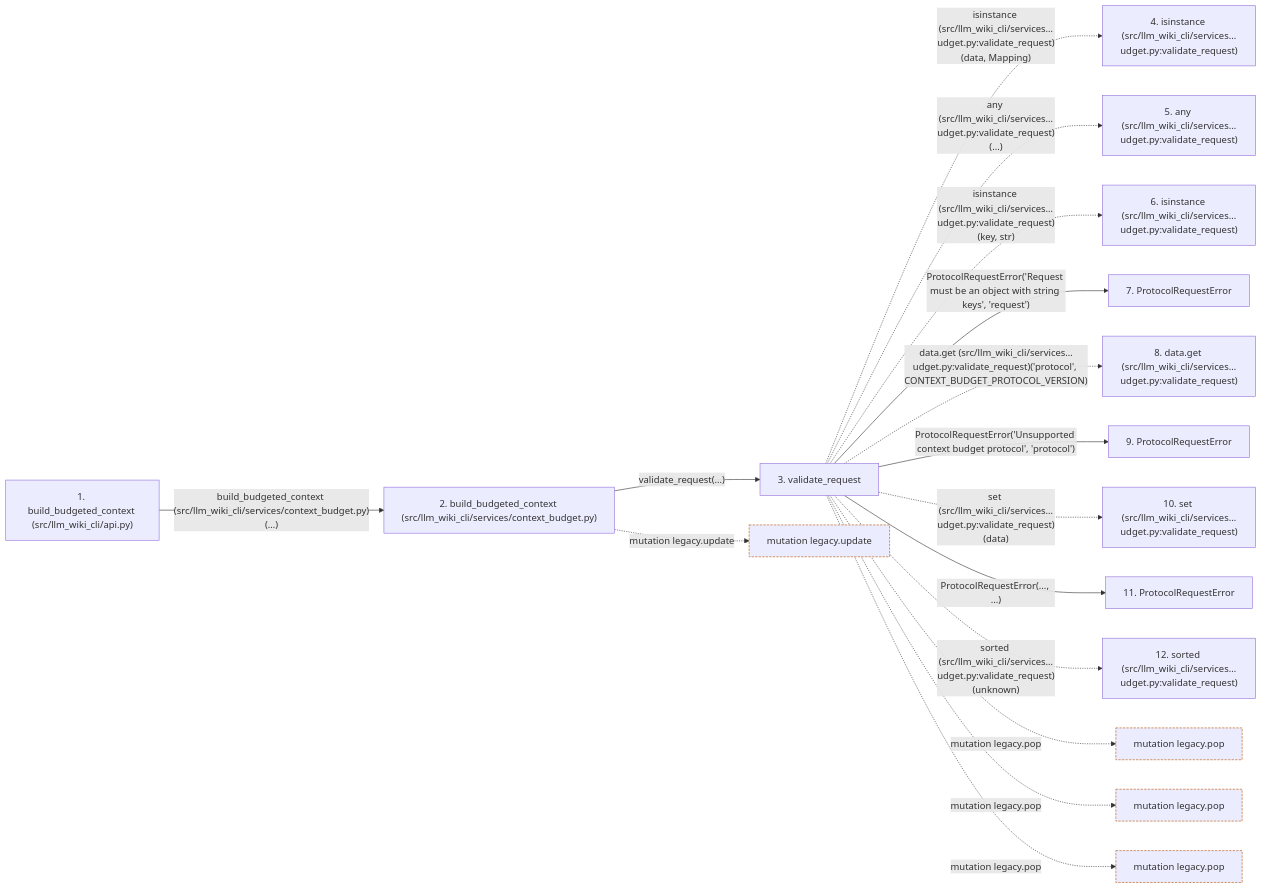
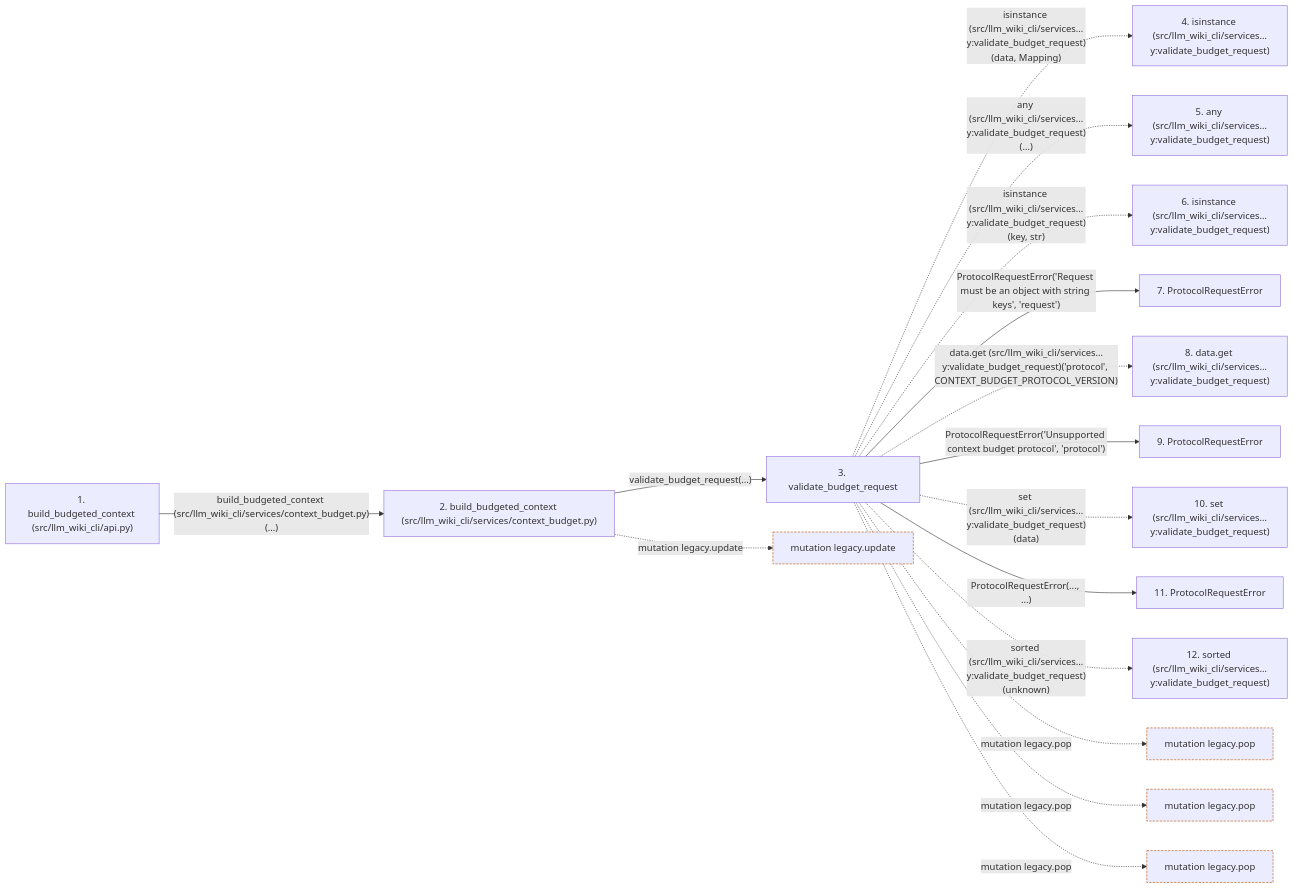
The second of 2 diagrams in docs/llm_wiki/flows/api-build_budgeted_context.md (Denissvgn/python-wiki-llm), drawn with Mermaid before and after one commit. The commit also changed other lines of this file and 1555 other files, not shown here.

````diff
--- a/docs/llm_wiki/flows/api-build_budgeted_context.md
+++ b/docs/llm_wiki/flows/api-build_budgeted_context.md
@@ -197,45 +203,45 @@
 ```mermaid
 flowchart LR
     s1["1. build_budgeted_context (src/llm_wiki_cli/api.py)"]
     s2["2. build_budgeted_context (src/llm_wiki_cli/services/context_budget.py)"]
-    s3["3. validate_request"]
-    s4["4. isinstance (src/llm_wiki_cli/services…udget.py:validate_request)"]
-    s5["5. any (src/llm_wiki_cli/services…udget.py:validate_request)"]
-    s6["6. isinstance (src/llm_wiki_cli/services…udget.py:validate_request)"]
+    s3["3. validate_budget_request"]
+    s4["4. isinstance (src/llm_wiki_cli/services…y:validate_budget_request)"]
+    s5["5. any (src/llm_wiki_cli/services…y:validate_budget_request)"]
+    s6["6. isinstance (src/llm_wiki_cli/services…y:validate_budget_request)"]
     s7["7. ProtocolRequestError"]
-    s8["8. data.get (src/llm_wiki_cli/services…udget.py:validate_request)"]
+    s8["8. data.get (src/llm_wiki_cli/services…y:validate_budget_request)"]
     s9["9. ProtocolRequestError"]
-    s10["10. set (src/llm_wiki_cli/services…udget.py:validate_request)"]
+    s10["10. set (src/llm_wiki_cli/services…y:validate_budget_request)"]
     s11["11. ProtocolRequestError"]
-    s12["12. sorted (src/llm_wiki_cli/services…udget.py:validate_request)"]
+    s12["12. sorted (src/llm_wiki_cli/services…y:validate_budget_request)"]
     s1 -->|"build_budgeted_context (src/llm_wiki_cli/services/context_budget.py)(…)"| s2
-    s2 -->|"validate_request(...)"| s3
-    s3 -. "isinstance (src/llm_wiki_cli/services…udget.py:validate_request)(data, Mapping)" .-> s4
-    s3 -. "any (src/llm_wiki_cli/services…udget.py:validate_request)(...)" .-> s5
-    s3 -. "isinstance (src/llm_wiki_cli/services…udget.py:validate_request)(key, str)" .-> s6
+    s2 -->|"validate_budget_request(...)"| s3
+    s3 -. "isinstance (src/llm_wiki_cli/services…y:validate_budget_request)(data, Mapping)" .-> s4
+    s3 -. "any (src/llm_wiki_cli/services…y:validate_budget_request)(...)" .-> s5
+    s3 -. "isinstance (src/llm_wiki_cli/services…y:validate_budget_request)(key, str)" .-> s6
     s3 -->|"ProtocolRequestError('Request must be an object with string keys', 'request')"| s7
-    s3 -. "data.get (src/llm_wiki_cli/services…udget.py:validate_request)('protocol', CONTEXT_BUDGET_PROTOCOL_VERSION)" .-> s8
+    s3 -. "data.get (src/llm_wiki_cli/services…y:validate_budget_request)('protocol', CONTEXT_BUDGET_PROTOCOL_VERSION)" .-> s8
     s3 -->|"ProtocolRequestError('Unsupported context budget protocol', 'protocol')"| s9
-    s3 -. "set (src/llm_wiki_cli/services…udget.py:validate_request)(data)" .-> s10
+    s3 -. "set (src/llm_wiki_cli/services…y:validate_budget_request)(data)" .-> s10
     s3 -->|"ProtocolRequestError(..., ...)"| s11
-    s3 -. "sorted (src/llm_wiki_cli/services…udget.py:validate_request)(unknown)" .-> s12
+    s3 -. "sorted (src/llm_wiki_cli/services…y:validate_budget_request)(unknown)" .-> s12
     b0["mutation legacy.update"]
     s2 -. "mutation legacy.update" .-> b0
     b1["mutation legacy.pop"]
     s3 -. "mutation legacy.pop" .-> b1
     b2["mutation legacy.pop"]
     s3 -. "mutation legacy.pop" .-> b2
     b3["mutation legacy.pop"]
     s3 -. "mutation legacy.pop" .-> b3
     click s1 "../modules/api.md"
     click s2 "../modules/context_budget.md"
-    click s3 "../modules/context_budget.md"
-    click s7 "../modules/context_service.md"
-    click s9 "../modules/context_service.md"
-    click s11 "../modules/context_service.md"
+    click s3 "../modules/context_request_format.md"
+    click s7 "../modules/context_request_format.md"
+    click s9 "../modules/context_request_format.md"
+    click s11 "../modules/context_request_format.md"
     classDef boundary stroke:#b45309,stroke-dasharray: 4 2
     class b0 boundary
     class b1 boundary
     class b2 boundary
     class b3 boundary
 ```
````
